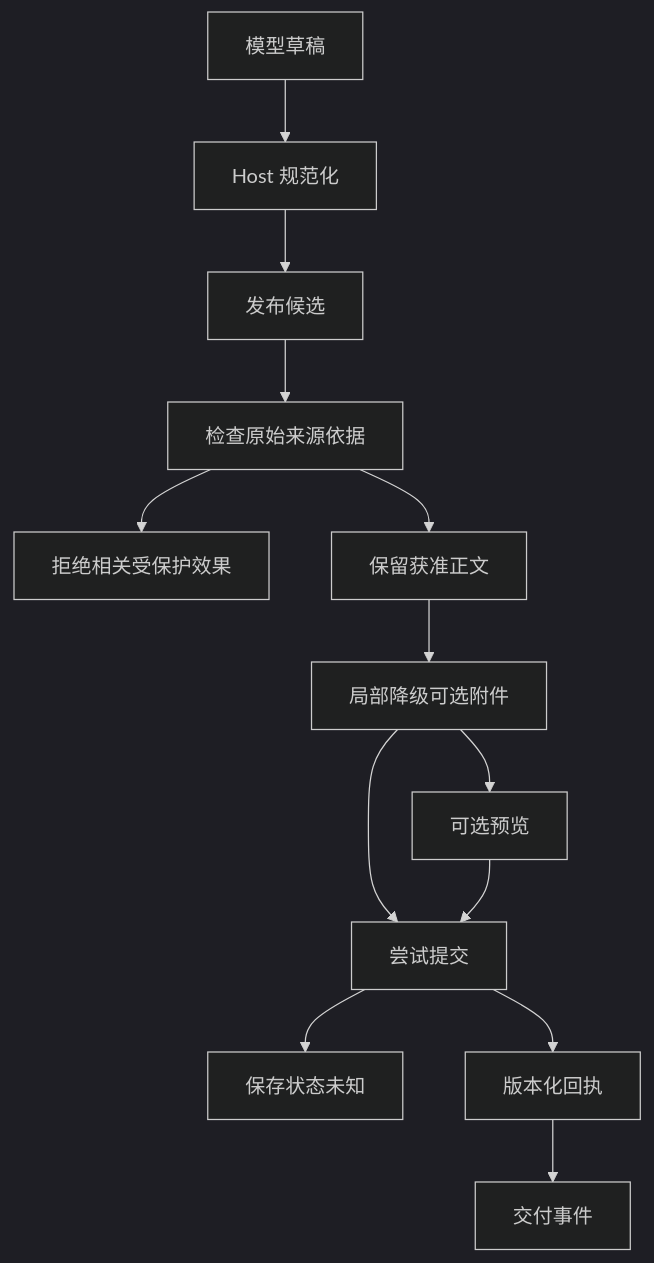
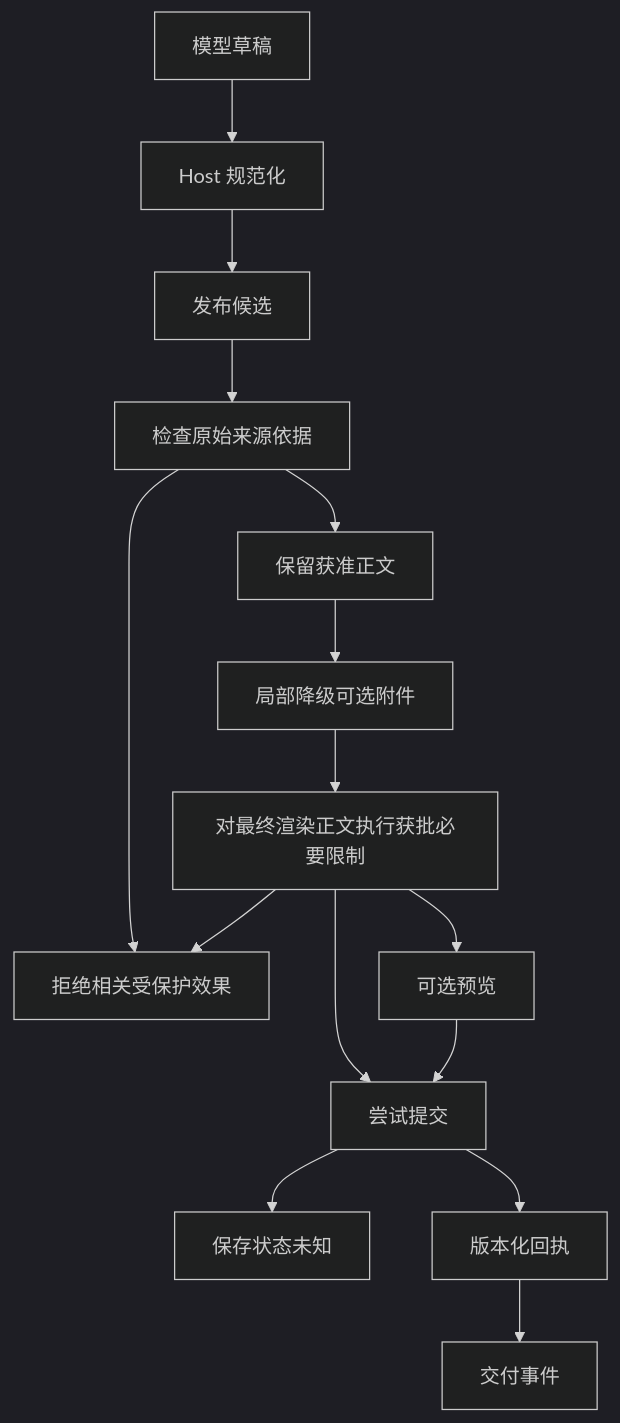
Before and after one commit to hpoenixf/eff-agent-article: the diagram in articles/019-agent-answer-publication.md, drawn with Mermaid (dark theme). The commit also changed other lines of this file and 47 other files, not shown here.

````diff
--- a/articles/019-agent-answer-publication.md
+++ b/articles/019-agent-answer-publication.md
@@ -82,15 +134,17 @@
 ```mermaid
 graph TD
 ModelDraft["模型草稿"] --> HostNormalize["Host 规范化"]
 HostNormalize --> PublicationProposal["发布候选"]
 PublicationProposal --> CheckOriginalSourceProof["检查原始来源依据"]
 CheckOriginalSourceProof --> RejectDependentEffect["拒绝相关受保护效果"]
 CheckOriginalSourceProof --> RetainPermittedBody["保留获准正文"]
 RetainPermittedBody --> DegradeOptionalAttachments["局部降级可选附件"]
-DegradeOptionalAttachments --> OptionalPreview["可选预览"]
-DegradeOptionalAttachments --> CommitAttempt["尝试提交"]
+DegradeOptionalAttachments --> FinalRenderedRestriction["对最终渲染正文执行获批必要限制"]
+FinalRenderedRestriction --> RejectDependentEffect
+FinalRenderedRestriction --> OptionalPreview["可选预览"]
+FinalRenderedRestriction --> CommitAttempt["尝试提交"]
 OptionalPreview --> CommitAttempt
 CommitAttempt --> SaveUnknown["保存状态未知"]
 CommitAttempt --> VersionedReceipt["版本化回执"]
 VersionedReceipt --> DeliverEvents["交付事件"]
 ```
````
